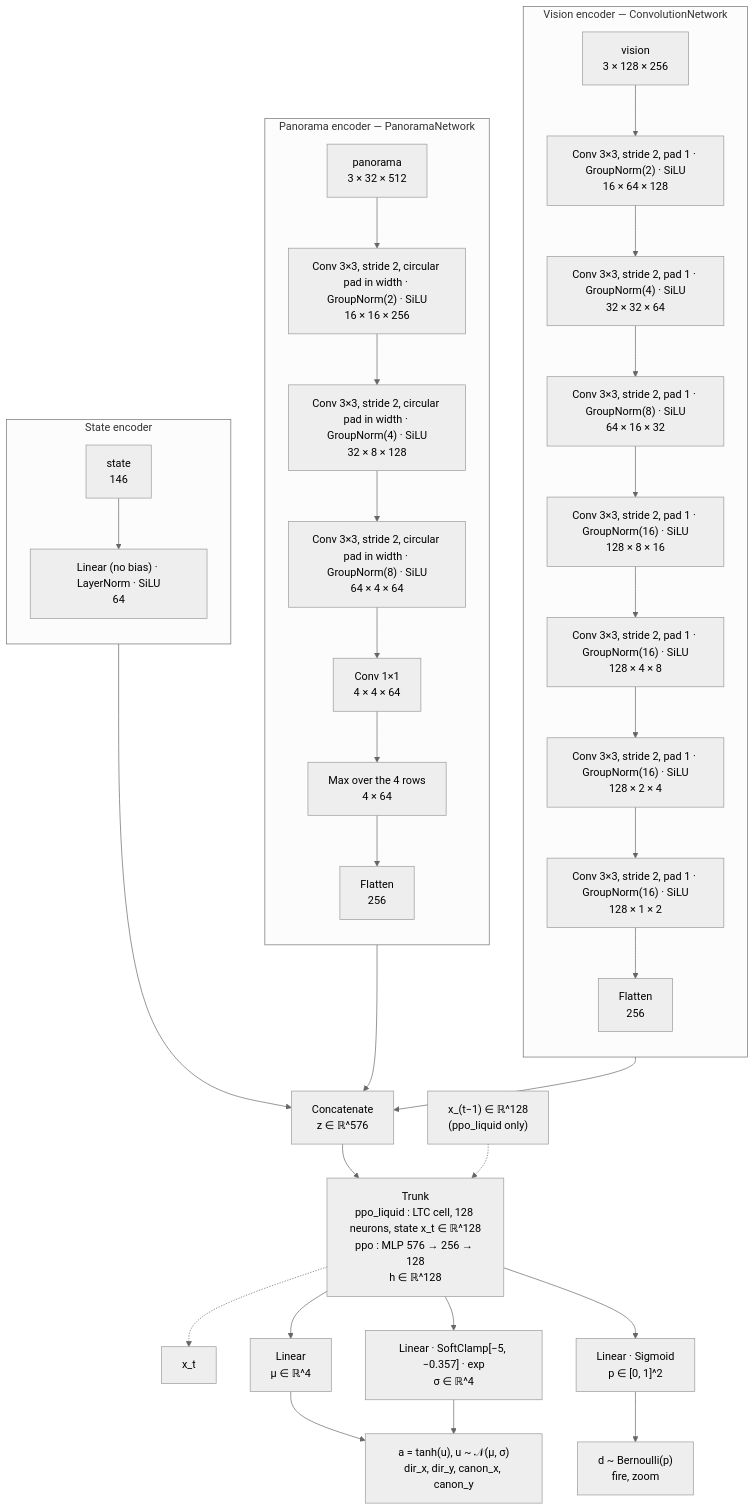
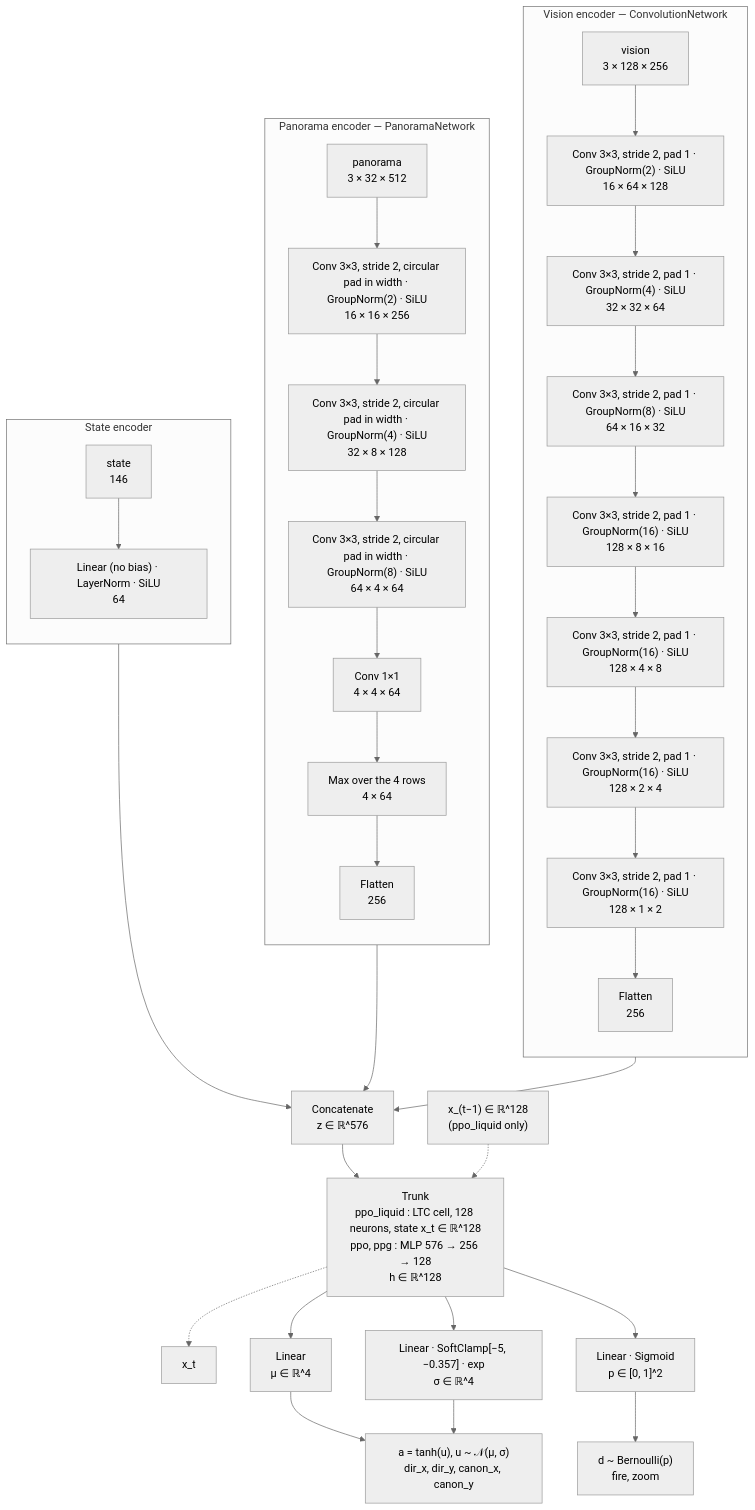
One commit to Ipsedo/ArenAI changed the first of 4 diagrams in docs/neural_architecture.md. Above: the diagram before and after it, drawn with Mermaid (neutral theme). The commit also changed other lines of this file, not shown here.

Commit message:
docs(architecture): document the ppg and sac networks

````diff
--- a/docs/neural_architecture.md
+++ b/docs/neural_architecture.md
@@ -22,51 +32,51 @@
 ```mermaid
 flowchart TB
     subgraph VE["Vision encoder — ConvolutionNetwork"]
         direction TB
         V0["vision<br/>3 × 128 × 256"]
         V1["Conv 3×3, stride 2, pad 1 · GroupNorm(2) · SiLU<br/>16 × 64 × 128"]
         V2["Conv 3×3, stride 2, pad 1 · GroupNorm(4) · SiLU<br/>32 × 32 × 64"]
         V3["Conv 3×3, stride 2, pad 1 · GroupNorm(8) · SiLU<br/>64 × 16 × 32"]
         V4["Conv 3×3, stride 2, pad 1 · GroupNorm(16) · SiLU<br/>128 × 8 × 16"]
         V5["Conv 3×3, stride 2, pad 1 · GroupNorm(16) · SiLU<br/>128 × 4 × 8"]
         V6["Conv 3×3, stride 2, pad 1 · GroupNorm(16) · SiLU<br/>128 × 2 × 4"]
         V7["Conv 3×3, stride 2, pad 1 · GroupNorm(16) · SiLU<br/>128 × 1 × 2"]
         VF["Flatten<br/>256"]
         V0 --> V1 --> V2 --> V3 --> V4 --> V5 --> V6 --> V7 --> VF
     end
 
     subgraph PE["Panorama encoder — PanoramaNetwork"]
         direction TB
         P0["panorama<br/>3 × 32 × 512"]
         P1["Conv 3×3, stride 2, circular pad in width · GroupNorm(2) · SiLU<br/>16 × 16 × 256"]
         P2["Conv 3×3, stride 2, circular pad in width · GroupNorm(4) · SiLU<br/>32 × 8 × 128"]
         P3["Conv 3×3, stride 2, circular pad in width · GroupNorm(8) · SiLU<br/>64 × 4 × 64"]
         P4["Conv 1×1<br/>4 × 4 × 64"]
         P5["Max over the 4 rows<br/>4 × 64"]
         PF["Flatten<br/>256"]
         P0 --> P1 --> P2 --> P3 --> P4 --> P5 --> PF
     end
 
     subgraph SE["State encoder"]
         direction TB
         S0["state<br/>146"]
         S1["Linear (no bias) · LayerNorm · SiLU<br/>64"]
         S0 --> S1
     end
 
     VF --> CAT["Concatenate<br/>z ∈ ℝ^576"]
     PF --> CAT
     S1 --> CAT
 
-    CAT --> TRUNK["Trunk<br/>ppo_liquid : LTC cell, 128 neurons, state x_t ∈ ℝ^128<br/>ppo : MLP 576 → 256 → 128<br/>h ∈ ℝ^128"]
+    CAT --> TRUNK["Trunk<br/>ppo_liquid : LTC cell, 128 neurons, state x_t ∈ ℝ^128<br/>ppo, ppg : MLP 576 → 256 → 128<br/>h ∈ ℝ^128"]
     X["x_(t−1) ∈ ℝ^128<br/>(ppo_liquid only)"] -.-> TRUNK
     TRUNK -.-> XN["x_t"]
 
     TRUNK --> MU["Linear<br/>μ ∈ ℝ^4"]
     TRUNK --> SG["Linear · SoftClamp[−5, −0.357] · exp<br/>σ ∈ ℝ^4"]
     TRUNK --> DP["Linear · Sigmoid<br/>p ∈ [0, 1]^2"]
 
     MU --> A["a = tanh(u), u ~ 𝒩(μ, σ)<br/>dir_x, dir_y, canon_x, canon_y"]
     SG --> A
     DP --> D["d ~ Bernoulli(p)<br/>fire, zoom"]
 ```
````
